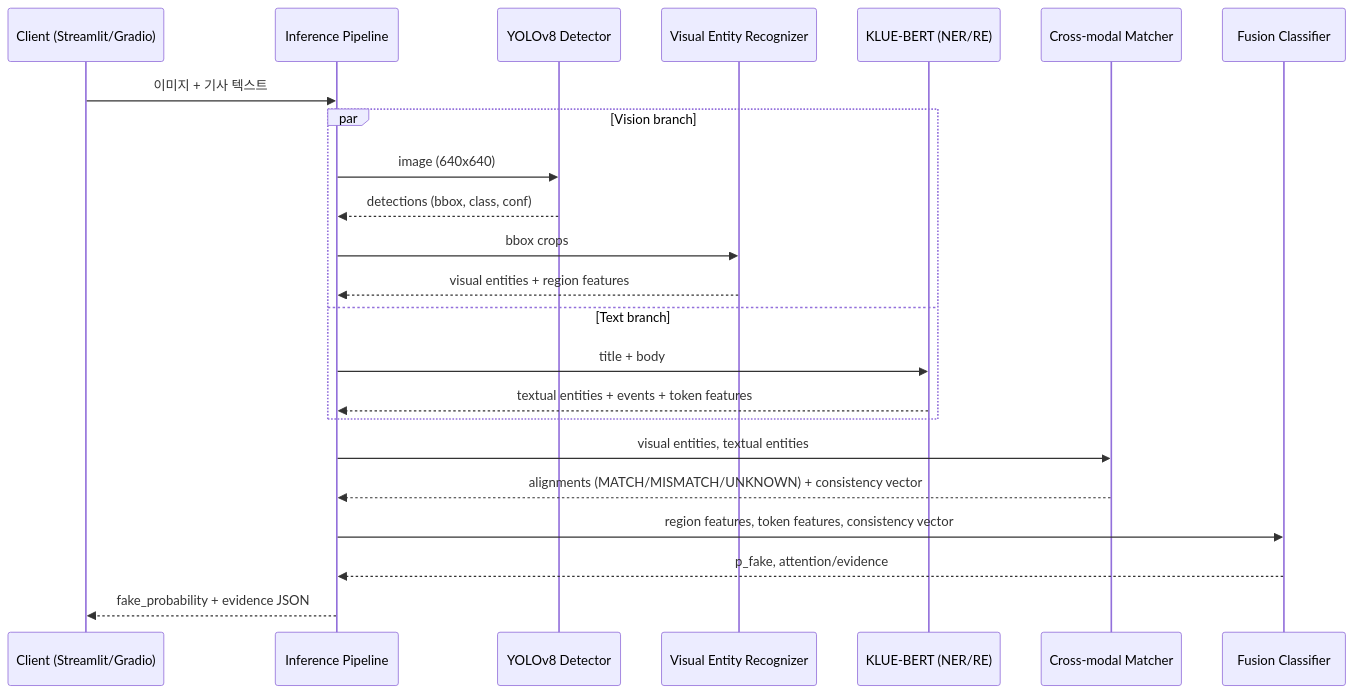
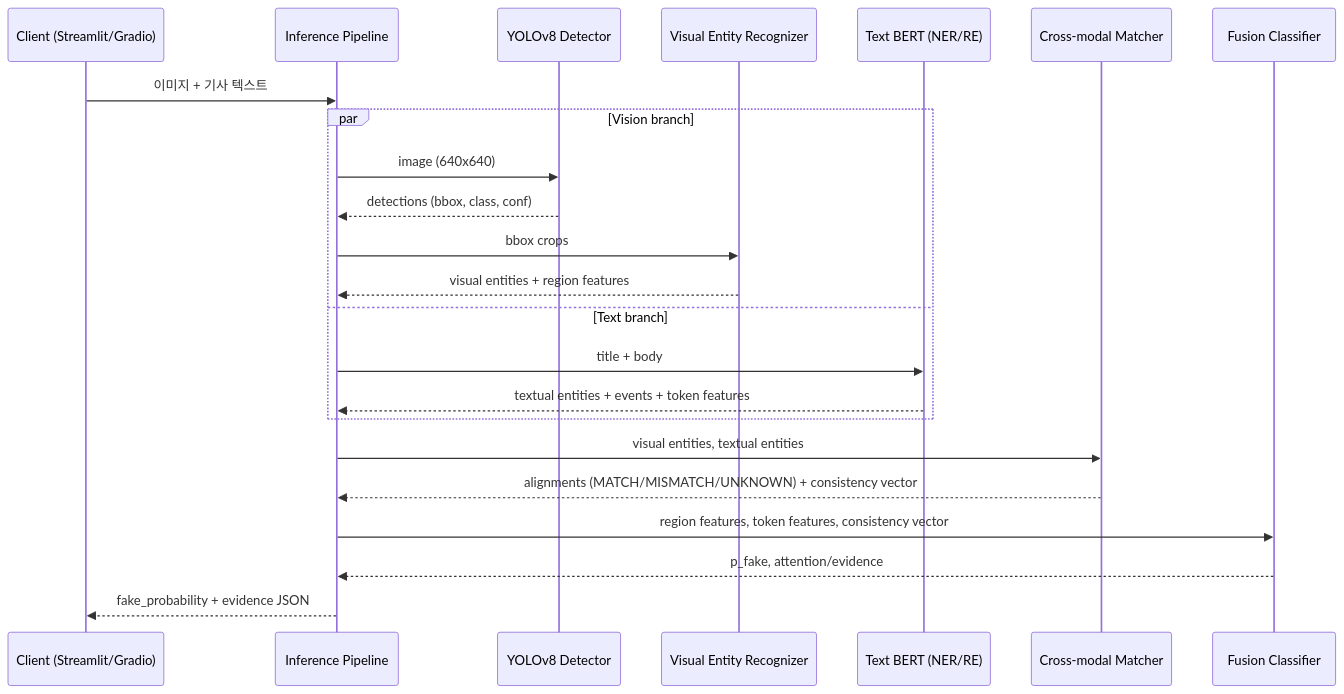
Before and after one commit to dariajkim-star/Fake_news: the second of 2 diagrams in docs/ARCHITECTURE.md, drawn with Mermaid. The commit also changed other lines of this file and 42 other files, not shown here.

````diff
--- a/docs/ARCHITECTURE.md
+++ b/docs/ARCHITECTURE.md
@@ -255,26 +265,26 @@
 ```mermaid
 sequenceDiagram
     participant U as Client (Streamlit/Gradio)
     participant P as Inference Pipeline
     participant Y as YOLOv8 Detector
     participant V as Visual Entity Recognizer
-    participant B as KLUE-BERT (NER/RE)
+    participant B as Text BERT (NER/RE)
     participant M as Cross-modal Matcher
     participant F as Fusion Classifier
 
     U->>P: 이미지 + 기사 텍스트
     par Vision branch
         P->>Y: image (640x640)
         Y-->>P: detections (bbox, class, conf)
         P->>V: bbox crops
         V-->>P: visual entities + region features
     and Text branch
         P->>B: title + body
         B-->>P: textual entities + events + token features
     end
     P->>M: visual entities, textual entities
     M-->>P: alignments (MATCH/MISMATCH/UNKNOWN) + consistency vector
     P->>F: region features, token features, consistency vector
     F-->>P: p_fake, attention/evidence
     P-->>U: fake_probability + evidence JSON
 ```
````
